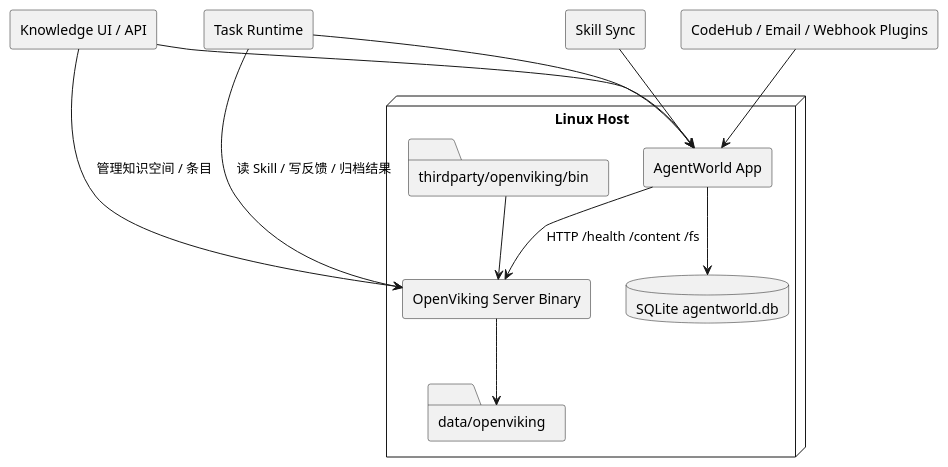
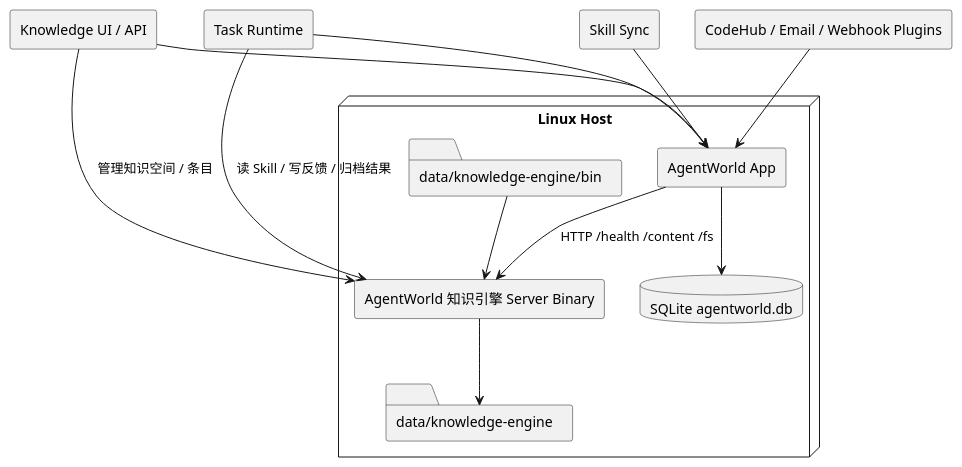
The fifth of 5 diagrams in docs/system-design-detailed.zh-CN.md (SimonMing47/agent-world), drawn with PlantUML before and after one commit. The commit also changed other lines of this file and 224 other files, not shown here.

Commit message:
Replace OpenViking with native knowledge engine

````diff
--- a/docs/system-design-detailed.zh-CN.md
+++ b/docs/system-design-detailed.zh-CN.md
@@ -458,30 +458,30 @@
 ```plantuml
 @startuml
 skinparam componentStyle rectangle
 
 node "Linux Host" {
   component "AgentWorld App" as App
-  component "OpenViking Server Binary" as OV
+  component "AgentWorld 知识引擎 Server Binary" as OV
   database "SQLite agentworld.db" as DB
-  folder "data/openviking" as OVData
-  folder "thirdparty/openviking/bin" as ThirdParty
+  folder "data/knowledge-engine" as OVData
+  folder "data/knowledge-engine/bin" as ThirdParty
 }
 
 component "Knowledge UI / API" as KnowledgeUI
 component "Skill Sync" as SkillSync
 component "Task Runtime" as TaskRuntime
 component "CodeHub / Email / Webhook Plugins" as Plugins
 
 KnowledgeUI --> App
 SkillSync --> App
 TaskRuntime --> App
 Plugins --> App
 
 App --> DB
 App --> OV : HTTP /health /content /fs
 OV --> OVData
 ThirdParty --> OV
 TaskRuntime --> OV : 读 Skill / 写反馈 / 归档结果
 KnowledgeUI --> OV : 管理知识空间 / 条目
 @enduml
 ```
````
